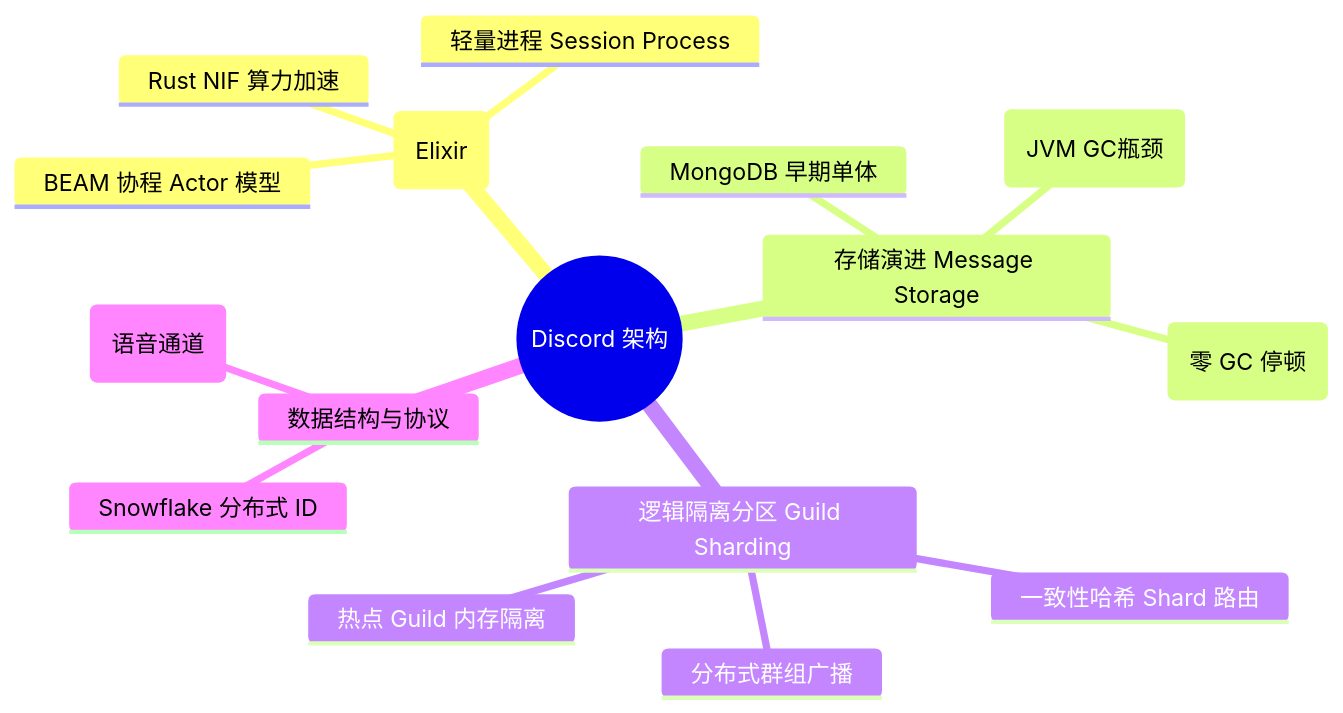
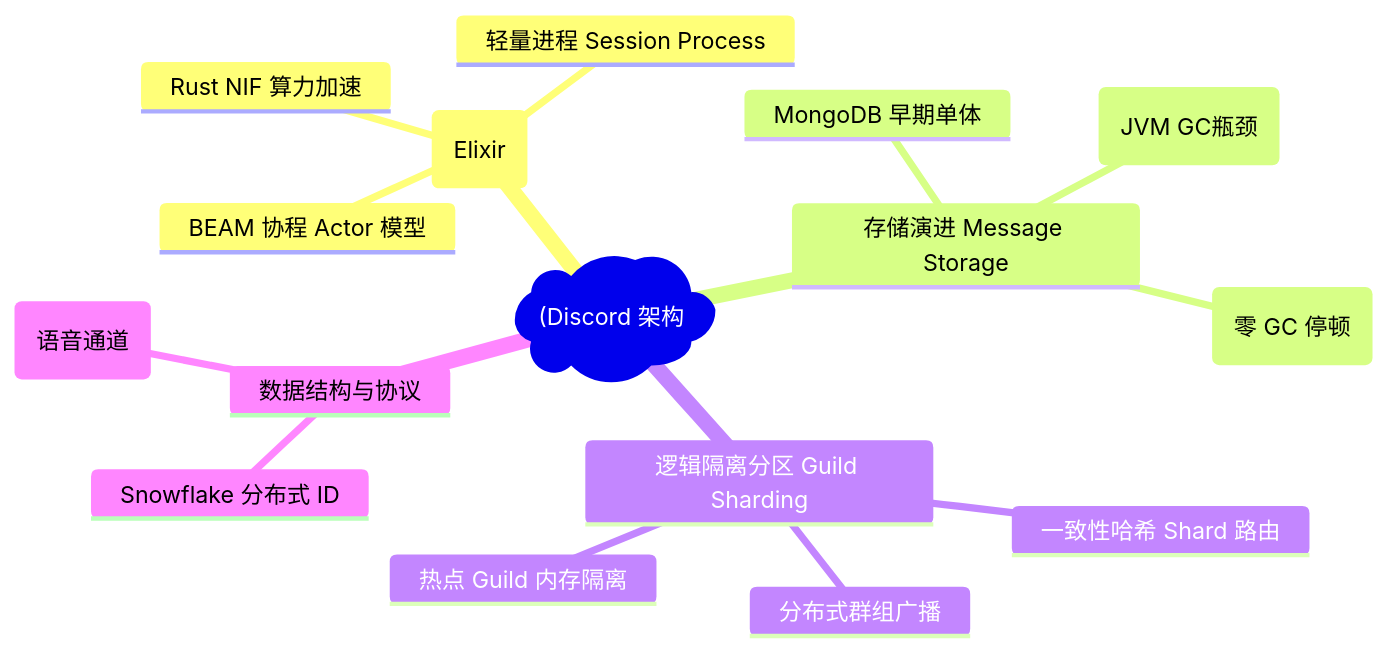
The first of 6 diagrams in docs/atlas/discord.mdx (koosai/AI-Architect-Learning), drawn with Mermaid before and after one commit. The commit also changed other lines of this file and 187 other files, not shown here.

Commit message:
fix(mermaid): fix all unquoted parens and edge label syntax errors across all docs

````diff
--- a/docs/atlas/discord.mdx
+++ b/docs/atlas/discord.mdx
@@ -62,19 +62,19 @@
 ```mermaid
 mindmap
-  root((Discord 架构))
+  root("(Discord 架构"))
     实时网关 Gateway (Elixir)
       BEAM 协程 Actor 模型
       轻量进程 Session Process
       Rust NIF 算力加速
     存储演进 Message Storage
       MongoDB 早期单体
       Cassandra 宽列架构 (JVM GC瓶颈)
       ScyllaDB C++ 大一统 (零 GC 停顿)
     逻辑隔离分区 Guild Sharding
       一致性哈希 Shard 路由
       热点 Guild 内存隔离
       分布式群组广播
     数据结构与协议
       Snowflake 分布式 ID
       WebSocket / WebRTC (语音通道)
 ```
````
